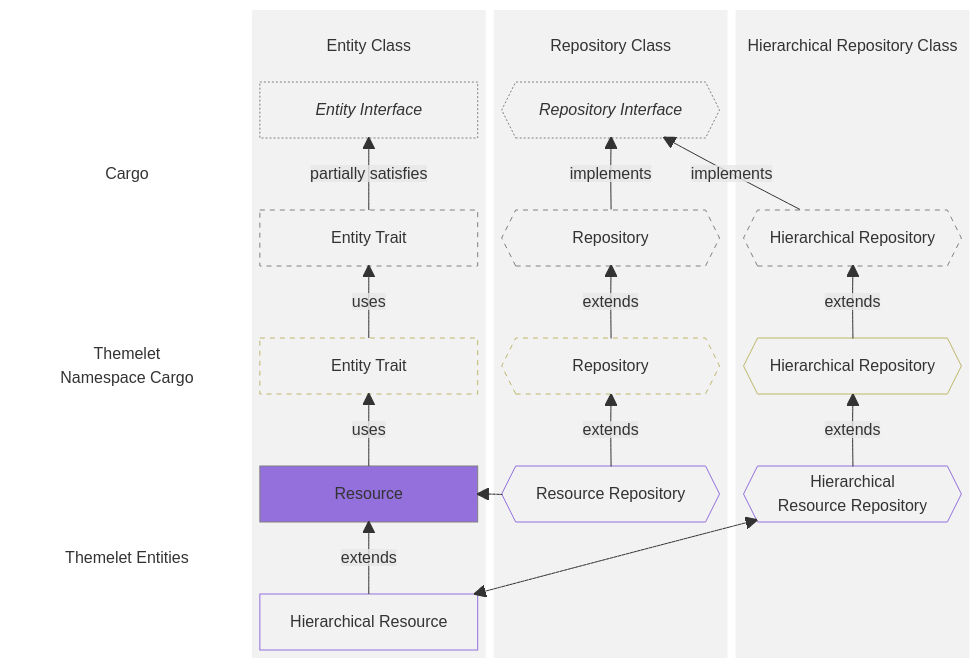
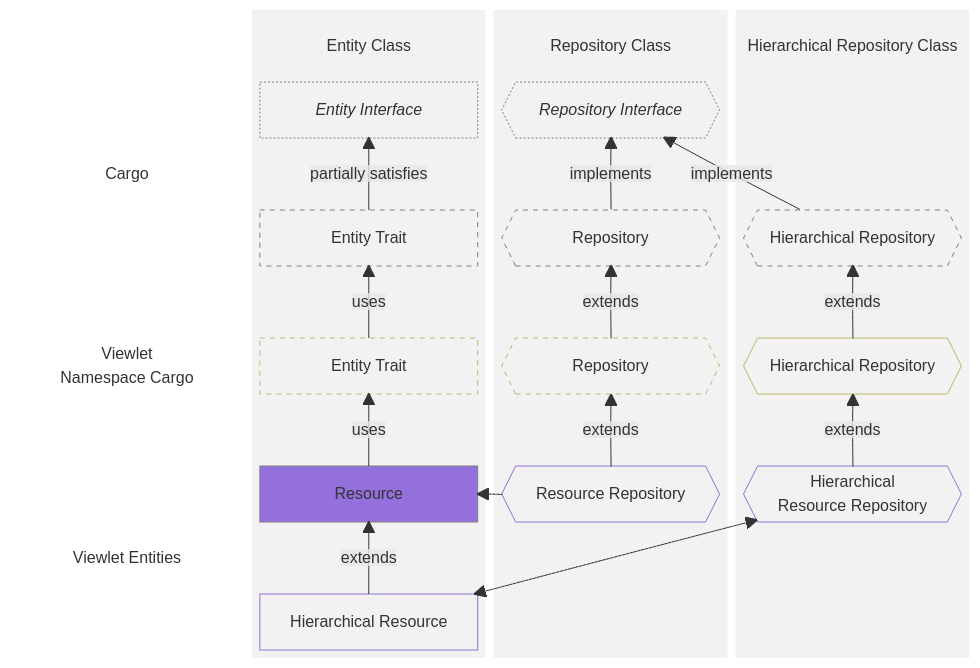
The second of 3 diagrams in inc/src/View/ARCHITECTURE.md (mybb/mybb), drawn with Mermaid before and after one commit. The commit also changed other lines of this file and 43 other files, not shown here.

Commit message:
Rename `Themelet` to `Viewlet`

```diff
--- a/inc/src/View/ARCHITECTURE.md
+++ b/inc/src/View/ARCHITECTURE.md
@@ -171,15 +171,15 @@
     block:LevelTitles
       columns 1
       space
-      
+
       space
       LevelTitleGeneric["Cargo"]
       space
       space
-      LevelTitleNamespace["Themelet\nNamespace Cargo"]
+      LevelTitleNamespace["Viewlet\nNamespace Cargo"]
       space
       space
-      LevelTitleConcrete["Themelet Entities"]
+      LevelTitleConcrete["Viewlet Entities"]
       space
     end
 
```
